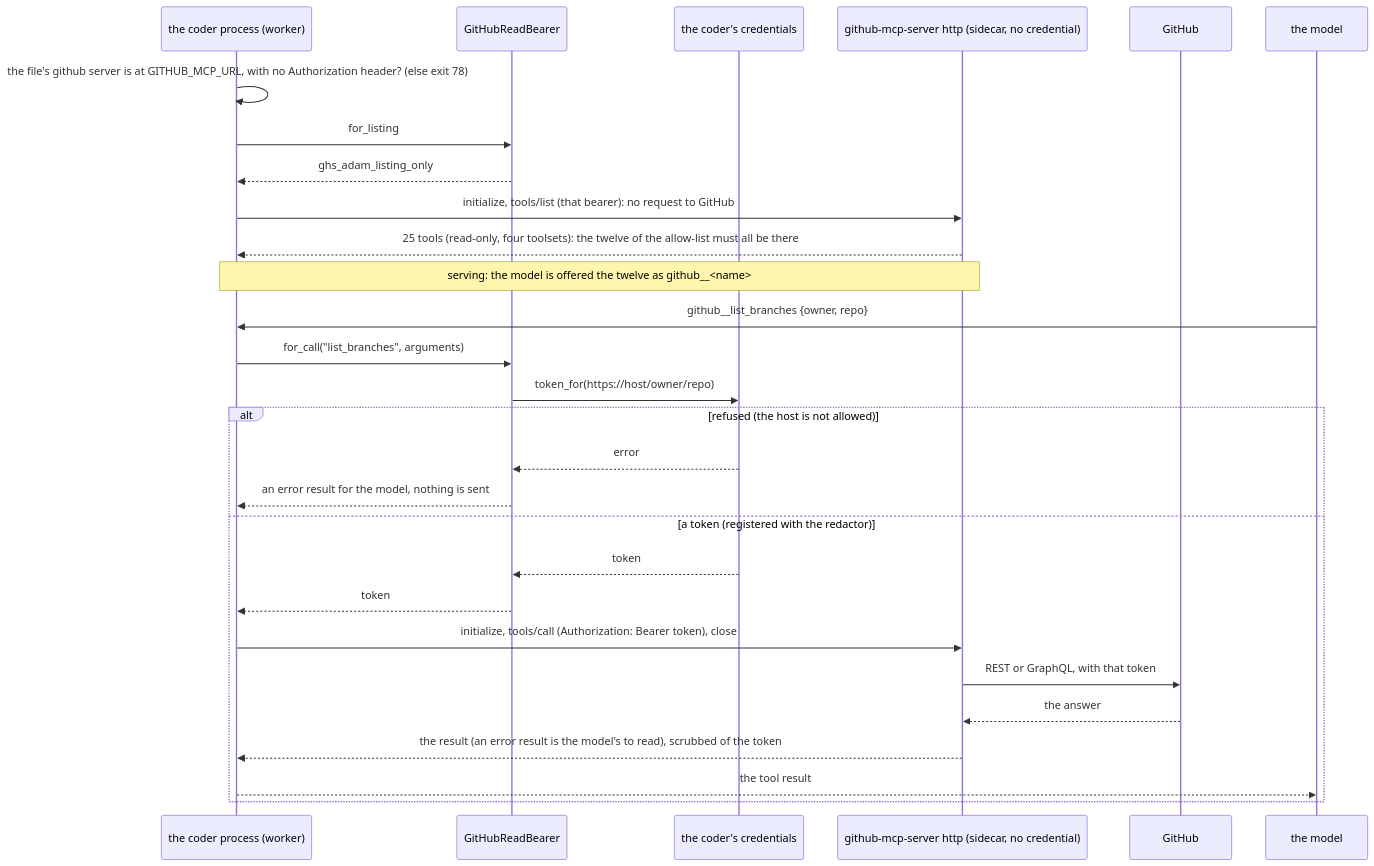
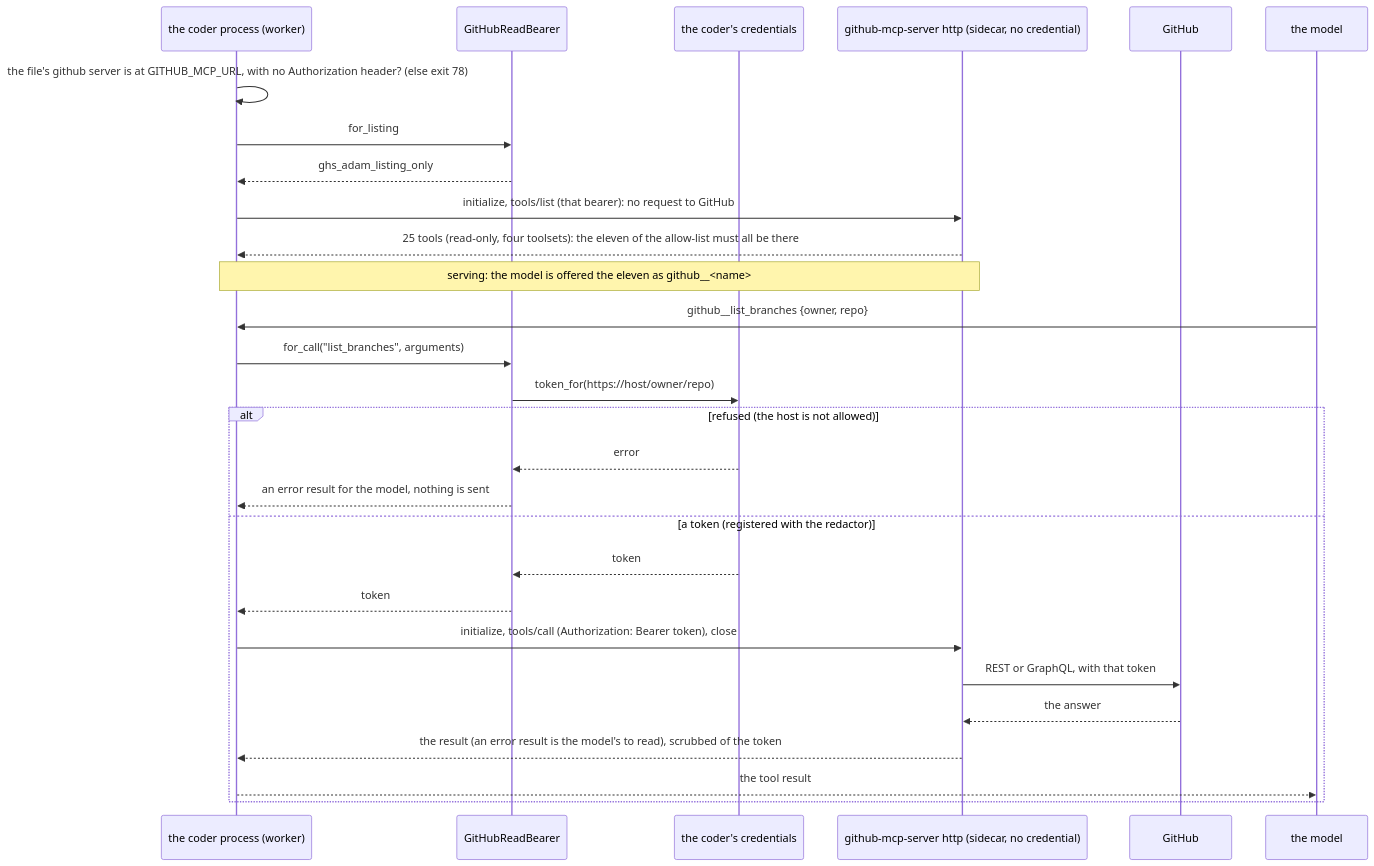
Diagram 29 of 29 in bin/adam-coder/README.md (vymalo/another-adam-rs), drawn with Mermaid before and after one commit. The commit also changed other lines of this file and 10 other files, not shown here.

````diff
--- a/bin/adam-coder/README.md
+++ b/bin/adam-coder/README.md
@@ -1891,30 +1892,30 @@
 ```mermaid
 sequenceDiagram
   participant P as the coder process (worker)
   participant B as GitHubReadBearer
   participant C as the coder's credentials
   participant S as github-mcp-server http (sidecar, no credential)
   participant G as GitHub
   participant M as the model
   P->>P: the file's github server is at GITHUB_MCP_URL, with no Authorization header? (else exit 78)
   P->>B: for_listing
   B-->>P: ghs_adam_listing_only
   P->>S: initialize, tools/list (that bearer): no request to GitHub
-  S-->>P: 25 tools (read-only, four toolsets): the twelve of the allow-list must all be there
-  Note over P,S: serving: the model is offered the twelve as github__<name>
+  S-->>P: 25 tools (read-only, four toolsets): the eleven of the allow-list must all be there
+  Note over P,S: serving: the model is offered the eleven as github__<name>
   M->>P: github__list_branches {owner, repo}
   P->>B: for_call("list_branches", arguments)
   B->>C: token_for(https://host/owner/repo)
   alt refused (the host is not allowed)
     C-->>B: error
     B-->>P: an error result for the model, nothing is sent
   else a token (registered with the redactor)
     C-->>B: token
     B-->>P: token
     P->>S: initialize, tools/call (Authorization: Bearer token), close
     S->>G: REST or GraphQL, with that token
     G-->>S: the answer
     S-->>P: the result (an error result is the model's to read), scrubbed of the token
     P-->>M: the tool result
   end
 ```
````
